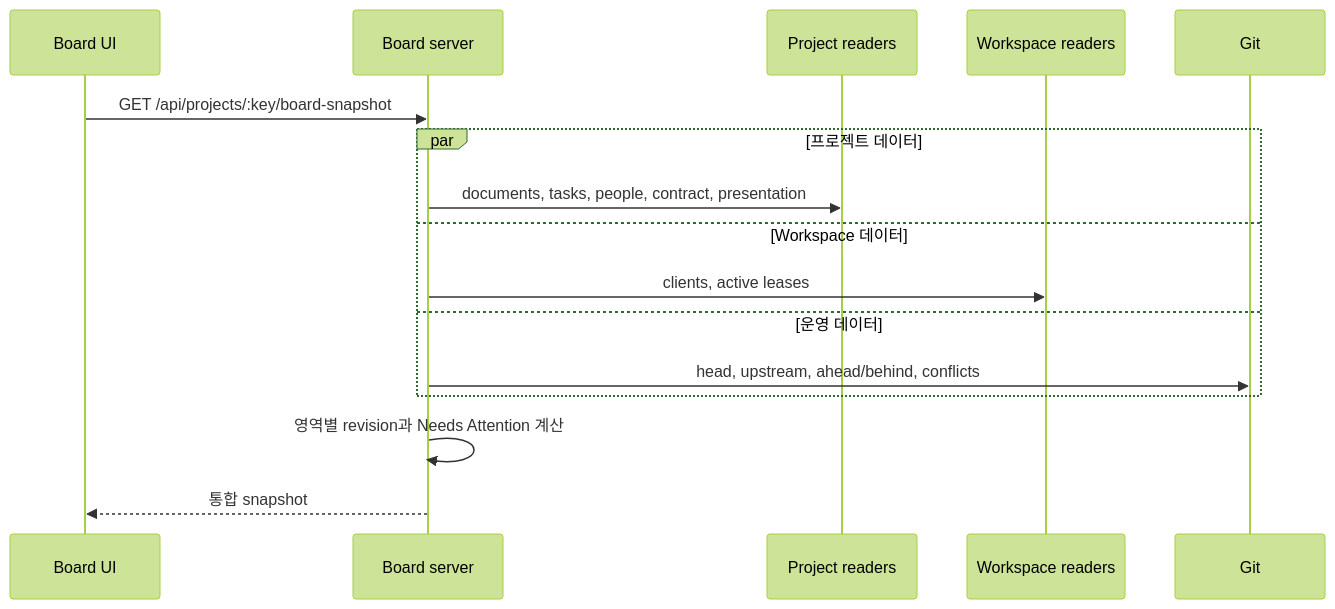
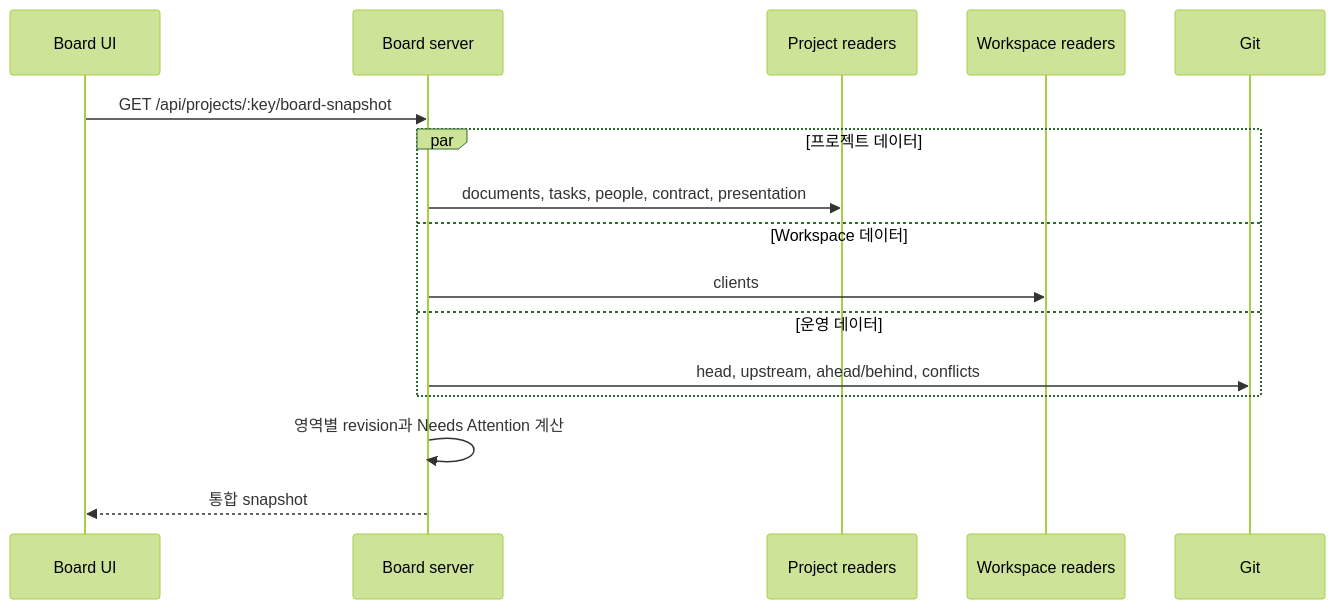
Before and after one commit to runtime-co-kr/rundol: the second of 3 diagrams in docs/architecture/ARC-004-로컬-Board와-협업-아키텍처.md, drawn with Mermaid (forest theme). The commit also changed other lines of this file and 9 other files, not shown here.

````diff
--- a/docs/architecture/ARC-004-로컬-Board와-협업-아키텍처.md
+++ b/docs/architecture/ARC-004-로컬-Board와-협업-아키텍처.md
@@ -74,18 +72,18 @@
 ```mermaid
 sequenceDiagram
   participant UI as Board UI
   participant HTTP as Board server
   participant P as Project readers
   participant W as Workspace readers
   participant G as Git
   UI->>HTTP: GET /api/projects/:key/board-snapshot
   par 프로젝트 데이터
     HTTP->>P: documents, tasks, people, contract, presentation
   and Workspace 데이터
-    HTTP->>W: clients, active leases
+    HTTP->>W: clients
   and 운영 데이터
     HTTP->>G: head, upstream, ahead/behind, conflicts
   end
   HTTP->>HTTP: 영역별 revision과 Needs Attention 계산
   HTTP-->>UI: 통합 snapshot
 ```
````
